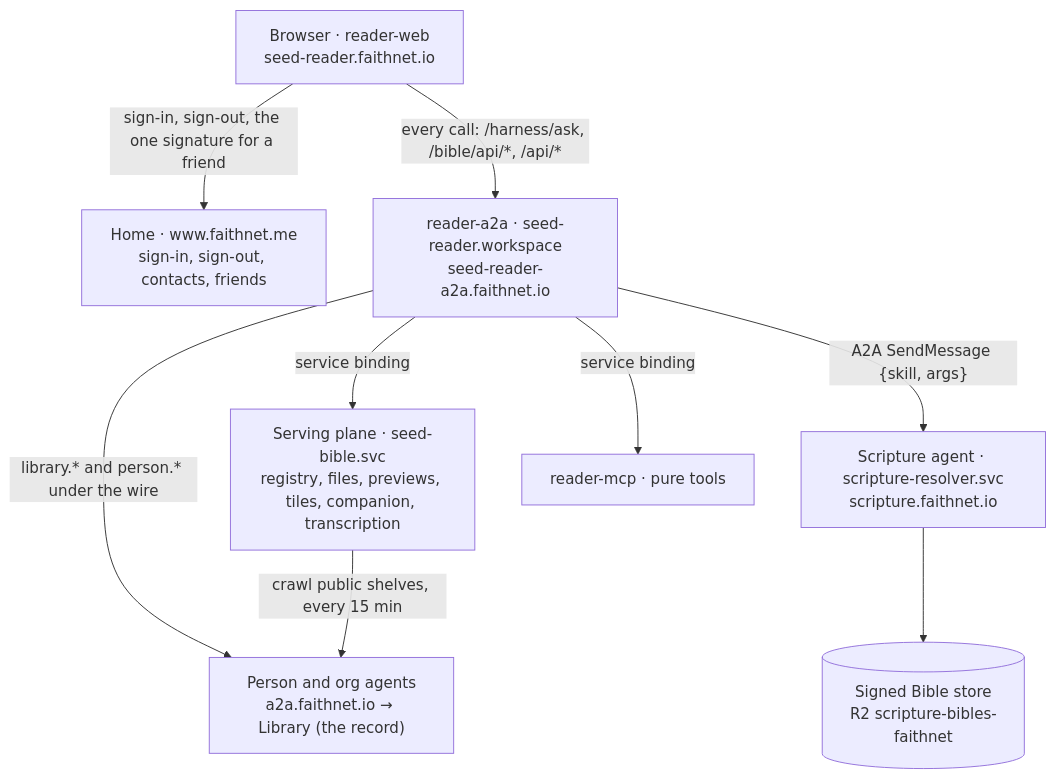
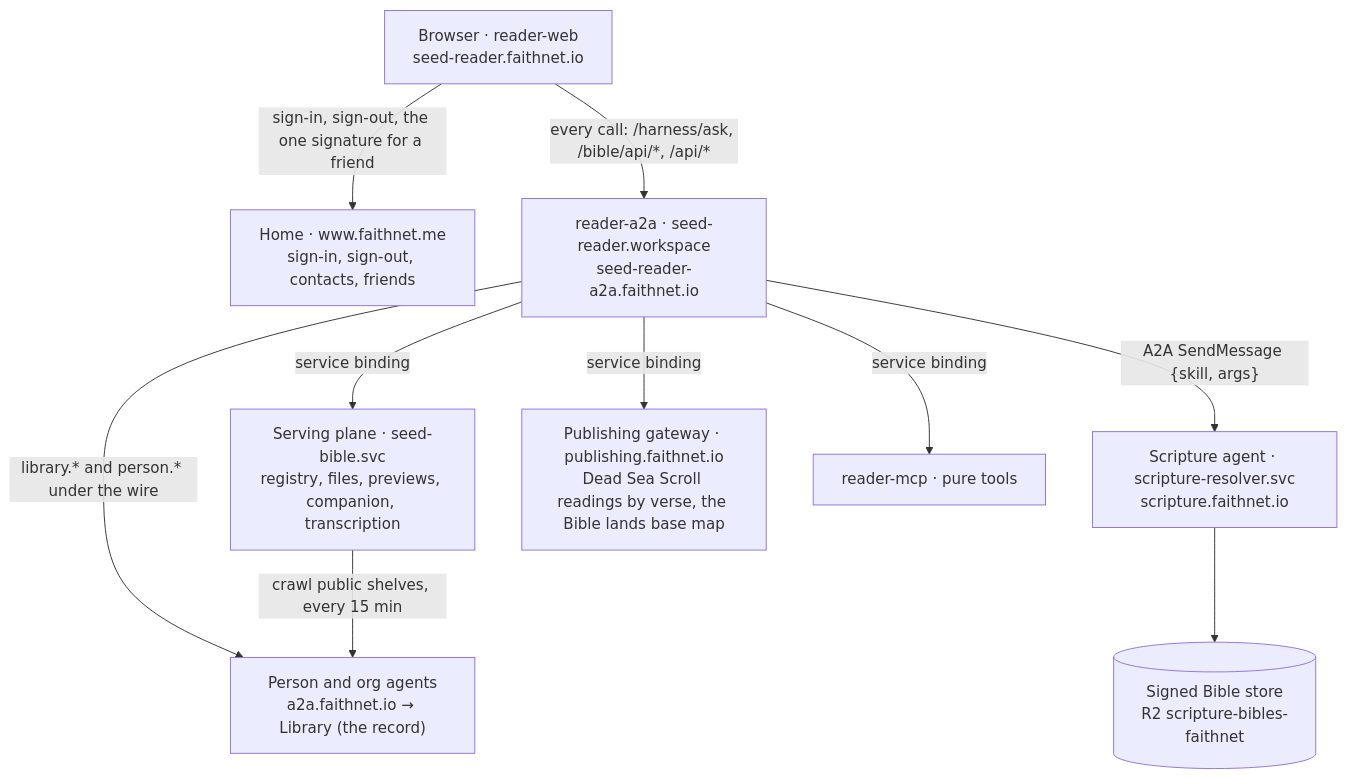
The diagram in packages/seed-bible-ap/docs/architecture/new-architecture-a2a-mcp.md (HelloAOLab/seed-bible-global-church), drawn with Mermaid before and after one commit. The commit also changed other lines of this file and 16 other files, not shown here.

````diff
--- a/packages/seed-bible-ap/docs/architecture/new-architecture-a2a-mcp.md
+++ b/packages/seed-bible-ap/docs/architecture/new-architecture-a2a-mcp.md
@@ -42,19 +42,21 @@
 ```mermaid
 flowchart TB
   B["Browser · reader-web<br/>seed-reader.faithnet.io"]
   H["Home · www.faithnet.me<br/>sign-in, sign-out, contacts, friends"]
   A["reader-a2a · seed-reader.workspace<br/>seed-reader-a2a.faithnet.io"]
   P["Person and org agents<br/>a2a.faithnet.io → Library (the record)"]
   S["Scripture agent · scripture-resolver.svc<br/>scripture.faithnet.io"]
   R2[("Signed Bible store<br/>R2 scripture-bibles-faithnet")]
-  V["Serving plane · seed-bible.svc<br/>registry, files, previews, tiles, companion, transcription"]
+  V["Serving plane · seed-bible.svc<br/>registry, files, previews, companion, transcription"]
+  G["Publishing gateway · publishing.faithnet.io<br/>Dead Sea Scroll readings by verse, the Bible lands base map"]
   M["reader-mcp · pure tools"]
   B -- "sign-in, sign-out, the one signature for a friend" --> H
   B -- "every call: /harness/ask, /bible/api/*, /api/*" --> A
   A -- "library.* and person.* under the wire" --> P
   A -- "A2A SendMessage {skill, args}" --> S
   S --> R2
   A -- "service binding" --> V
+  A -- "service binding" --> G
   A -- "service binding" --> M
   V -- "crawl public shelves, every 15 min" --> P
 ```
````
